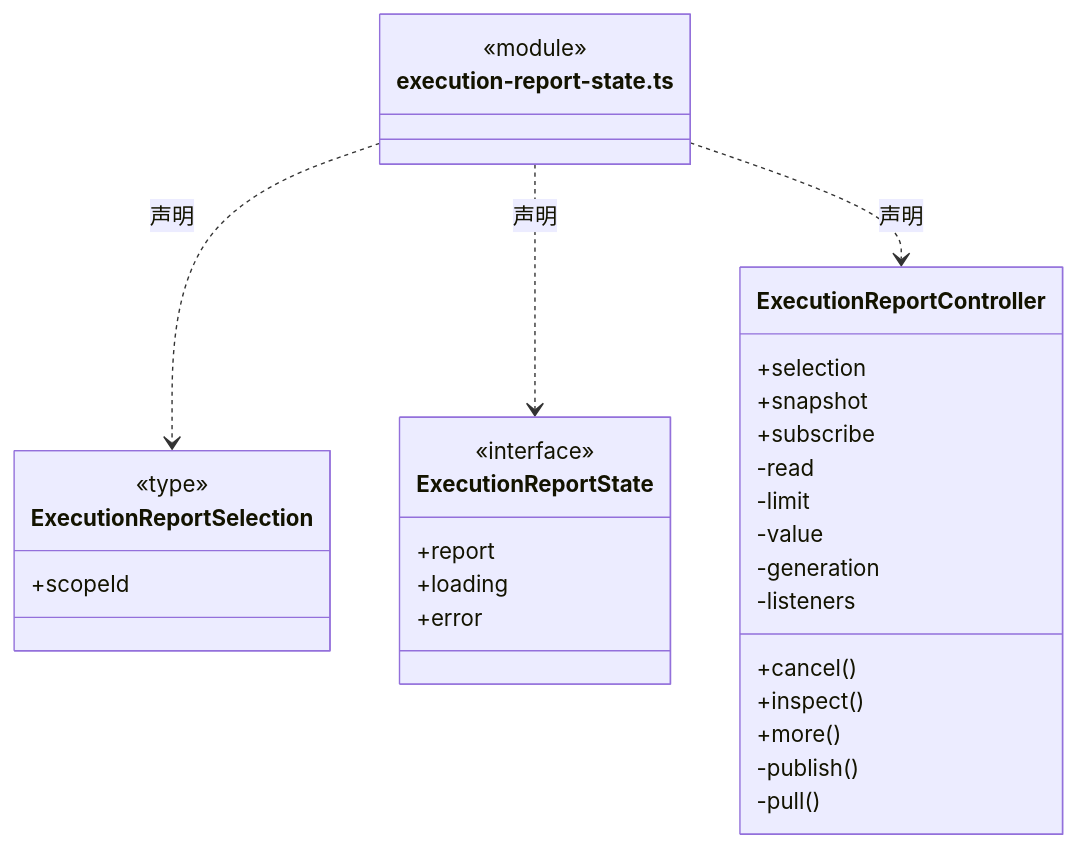
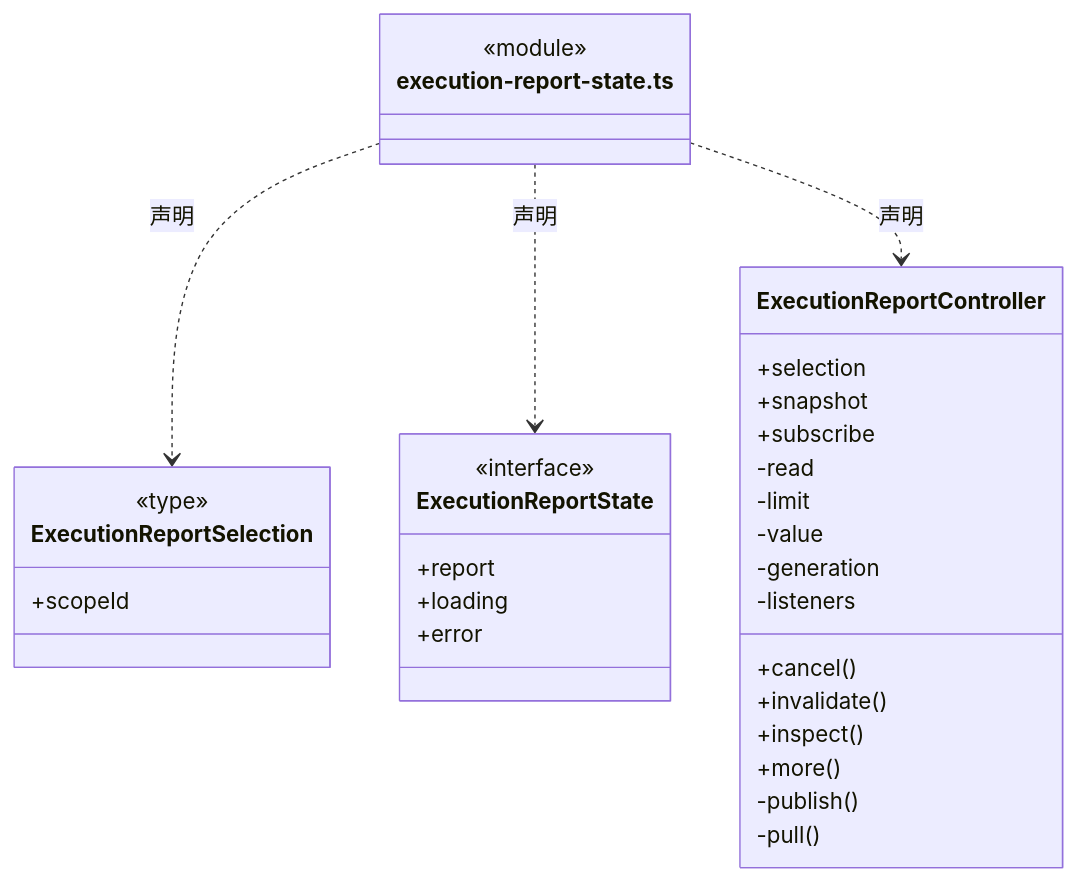
The eighth of 56 diagrams in src/frontend/tasks/ARCHITECTURE.md (nan023062/cbim), drawn with Mermaid before and after one commit. The commit also changed other lines of this file and 21 other files, not shown here.

````diff
--- a/src/frontend/tasks/ARCHITECTURE.md
+++ b/src/frontend/tasks/ARCHITECTURE.md
@@ -208,34 +208,35 @@
 ```mermaid
 classDiagram
 class N_src_frontend_tasks_execution_report_state_ts["execution-report-state.ts"] {
   <<module>>
 }
 class N_src_frontend_tasks_execution_report_state_ts_ExecutionReportSelection["ExecutionReportSelection"] {
   <<type>>
   +scopeId
 }
 N_src_frontend_tasks_execution_report_state_ts ..> N_src_frontend_tasks_execution_report_state_ts_ExecutionReportSelection : 声明
 class N_src_frontend_tasks_execution_report_state_ts_ExecutionReportState["ExecutionReportState"] {
   <<interface>>
   +report
   +loading
   +error
 }
 N_src_frontend_tasks_execution_report_state_ts ..> N_src_frontend_tasks_execution_report_state_ts_ExecutionReportState : 声明
 class N_src_frontend_tasks_execution_report_state_ts_ExecutionReportController["ExecutionReportController"] {
   +selection
   +snapshot
   +subscribe
   +cancel()
+  +invalidate()
   +inspect()
   +more()
   -read
   -limit
   -value
   -generation
   -listeners
   -publish()
   -pull()
 }
 N_src_frontend_tasks_execution_report_state_ts ..> N_src_frontend_tasks_execution_report_state_ts_ExecutionReportController : 声明
 ```
````
